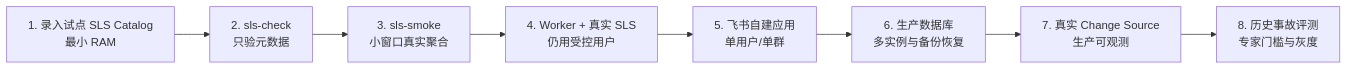
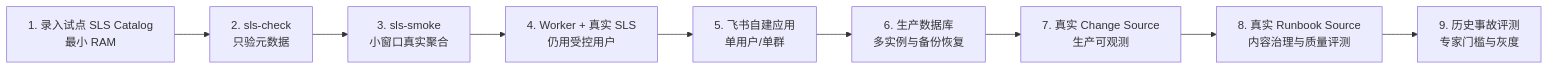
The second of 2 diagrams in docs/current-capabilities-and-real-integration-inventory.md (KK25KK/log-agent), drawn with Mermaid before and after one commit. The commit also changed other lines of this file and 34 other files, not shown here.

````diff
--- a/docs/current-capabilities-and-real-integration-inventory.md
+++ b/docs/current-capabilities-and-real-integration-inventory.md
@@ -357,10 +399,11 @@
 ```mermaid
 flowchart LR
     A[1. 录入试点 SLS Catalog<br/>最小 RAM] --> B[2. sls-check<br/>只验元数据]
     B --> C[3. sls-smoke<br/>小窗口真实聚合]
     C --> D[4. Worker + 真实 SLS<br/>仍用受控用户]
     D --> E[5. 飞书自建应用<br/>单用户/单群]
     E --> F[6. 生产数据库<br/>多实例与备份恢复]
     F --> G[7. 真实 Change Source<br/>生产可观测]
-    G --> H[8. 历史事故评测<br/>专家门槛与灰度]
+    G --> H[8. 真实 Runbook Source<br/>内容治理与质量评测]
+    H --> I[9. 历史事故评测<br/>专家门槛与灰度]
 ```
````
